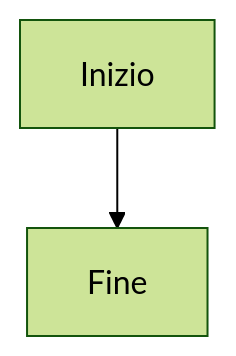
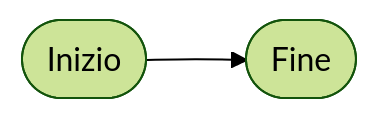
Before and after one commit to riccardodivirgilio/learning-zio: the second of 5 diagrams in src/content/docs/lessons/03-flow.md, drawn with Mermaid (forest theme). The commit also changed other lines of this file, not shown here.

````diff
--- a/src/content/docs/lessons/03-flow.md
+++ b/src/content/docs/lessons/03-flow.md
@@ -31,4 +31,4 @@
 ```mermaid
-flowchart TD
-    A[Inizio] --> B[Fine]
+flowchart LR
+    A([Inizio]) --> B([Fine])
 ```
````
